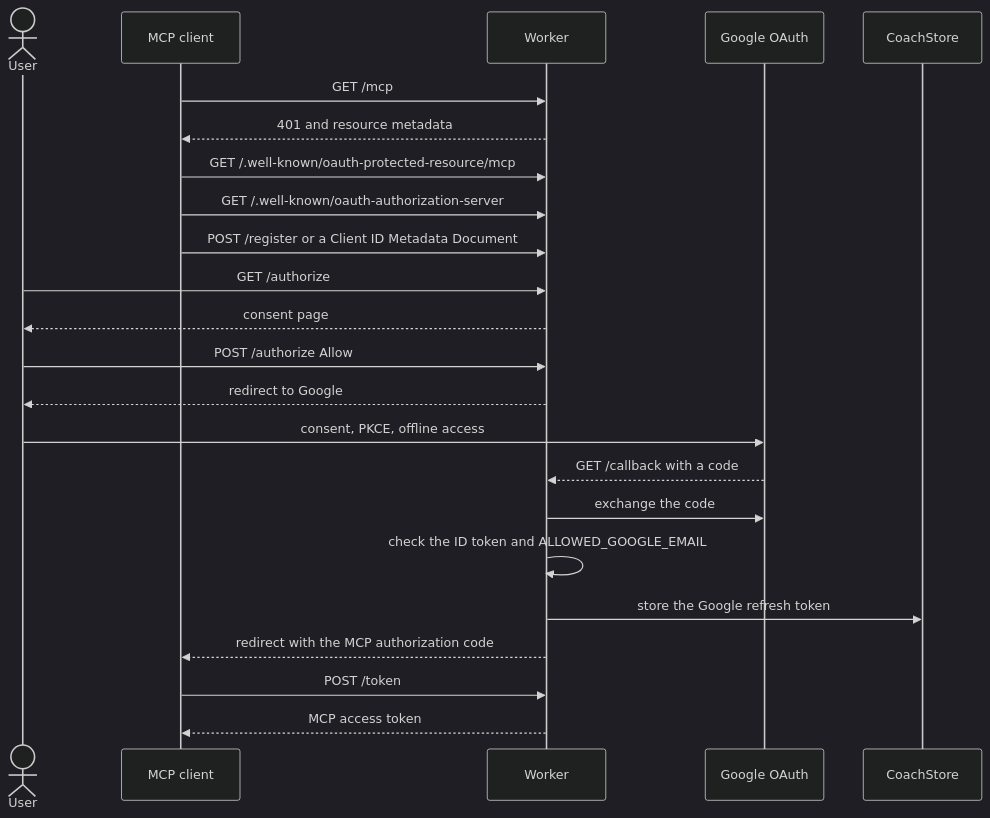
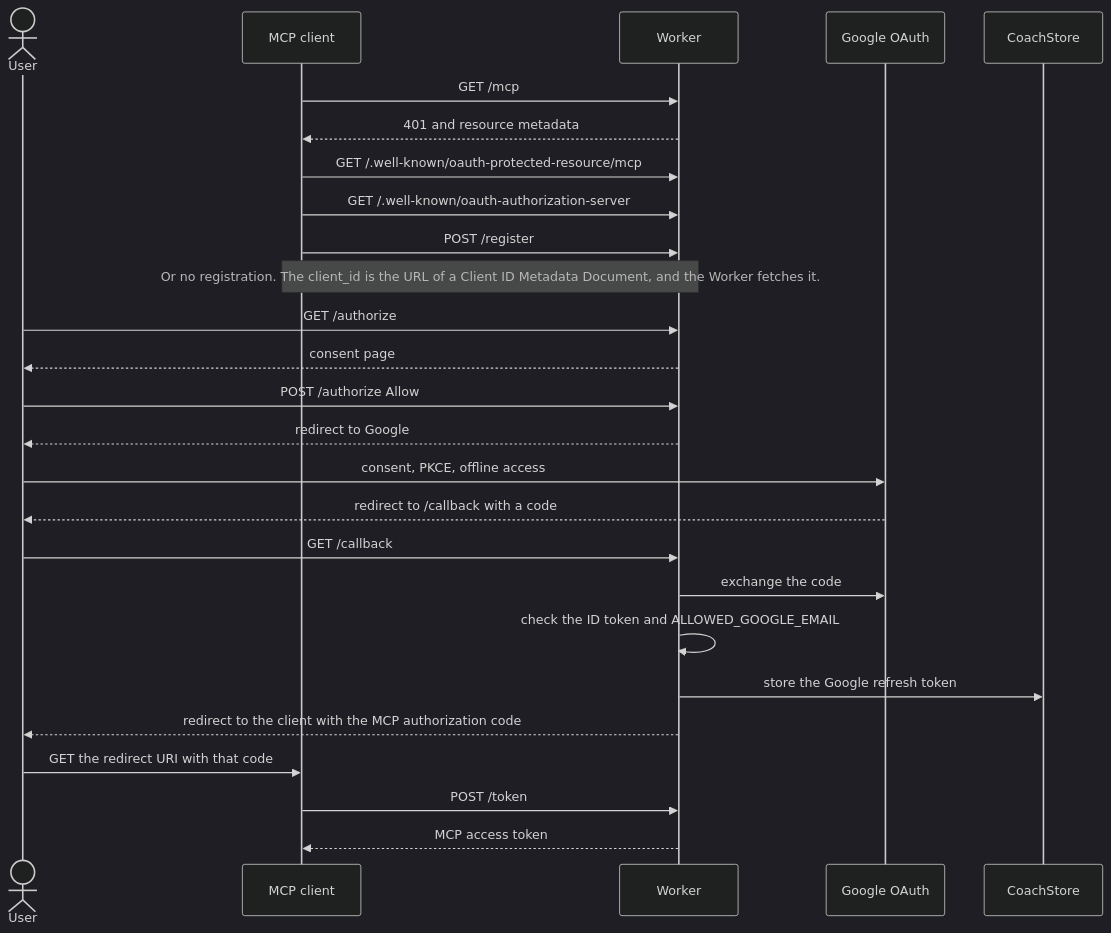
One commit to athosmartinez/health-coach-mcp changed the second of 3 diagrams in README.md. Above: the diagram before and after it, drawn with Mermaid (dark theme). The commit also changed other lines of this file, not shown here.

Commit message:
docs(readme): correct the sign-in flow, hosts and tool summaries

````diff
--- a/README.md
+++ b/README.md
@@ -48,26 +50,29 @@
 ```mermaid
 sequenceDiagram
   actor User
   participant Client as MCP client
   participant Worker as Worker
   participant Google as Google OAuth
   participant Store as CoachStore
 
   Client->>Worker: GET /mcp
   Worker-->>Client: 401 and resource metadata
   Client->>Worker: GET /.well-known/oauth-protected-resource/mcp
   Client->>Worker: GET /.well-known/oauth-authorization-server
-  Client->>Worker: POST /register or a Client ID Metadata Document
+  Client->>Worker: POST /register
+  Note over Client,Worker: Or no registration. The client_id is the URL of a Client ID Metadata Document, and the Worker fetches it.
   User->>Worker: GET /authorize
   Worker-->>User: consent page
   User->>Worker: POST /authorize Allow
   Worker-->>User: redirect to Google
   User->>Google: consent, PKCE, offline access
-  Google-->>Worker: GET /callback with a code
+  Google-->>User: redirect to /callback with a code
+  User->>Worker: GET /callback
   Worker->>Google: exchange the code
   Worker->>Worker: check the ID token and ALLOWED_GOOGLE_EMAIL
   Worker->>Store: store the Google refresh token
-  Worker-->>Client: redirect with the MCP authorization code
+  Worker-->>User: redirect to the client with the MCP authorization code
+  User->>Client: GET the redirect URI with that code
   Client->>Worker: POST /token
   Worker-->>Client: MCP access token
 ```
````
